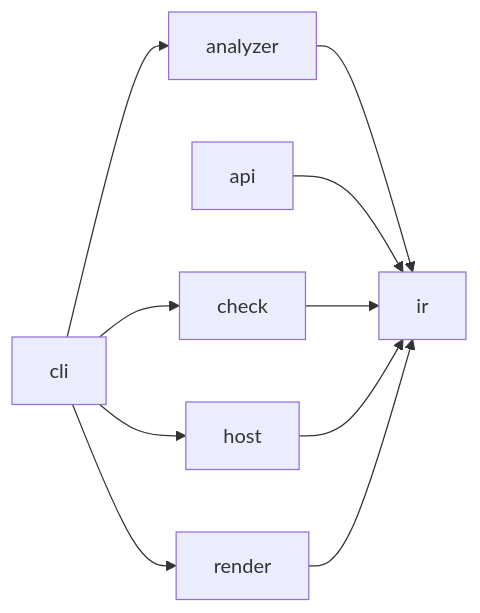
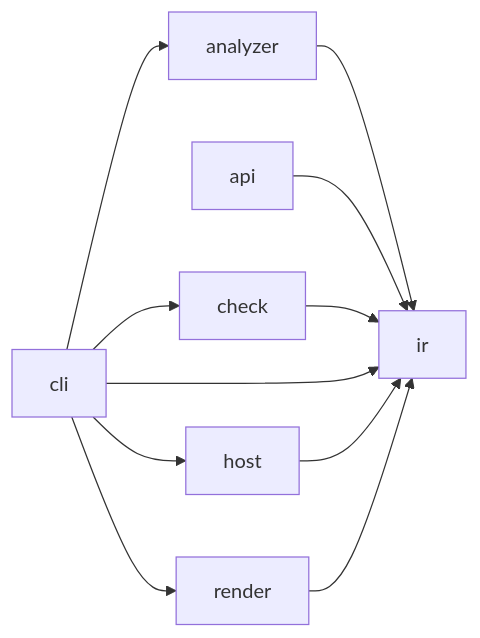
The second of 2 diagrams in docs/architecture/archkeel.md (rapiddweller/archkeel), drawn with Mermaid before and after one commit. The commit also changed other lines of this file and 171 other files, not shown here.

````diff
--- a/docs/architecture/archkeel.md
+++ b/docs/architecture/archkeel.md
@@ -234,12 +243,13 @@
 ```mermaid
 flowchart LR
     analyzer --> ir
     api --> ir
     check --> ir
     cli --> analyzer
     cli --> check
     cli --> host
+    cli --> ir
     cli --> render
     host --> ir
     render --> ir
 ```
````
